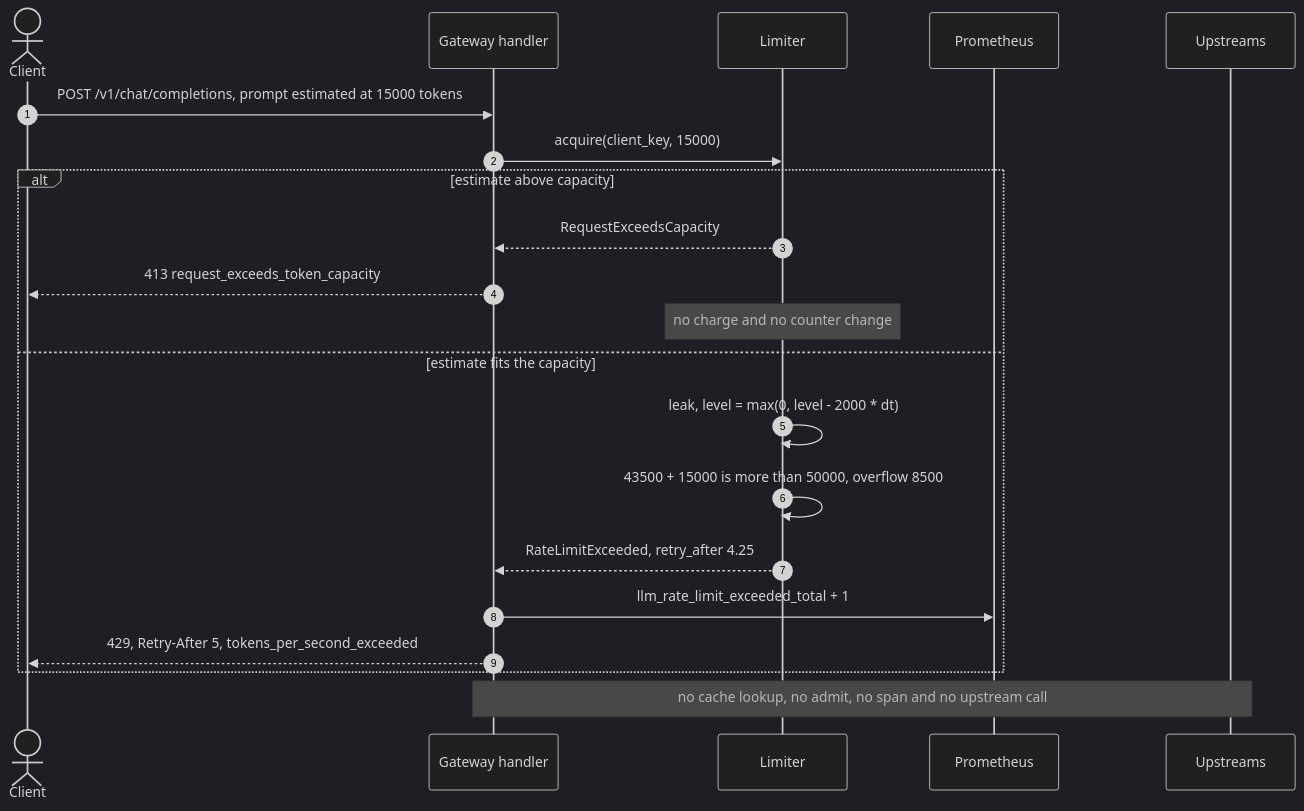
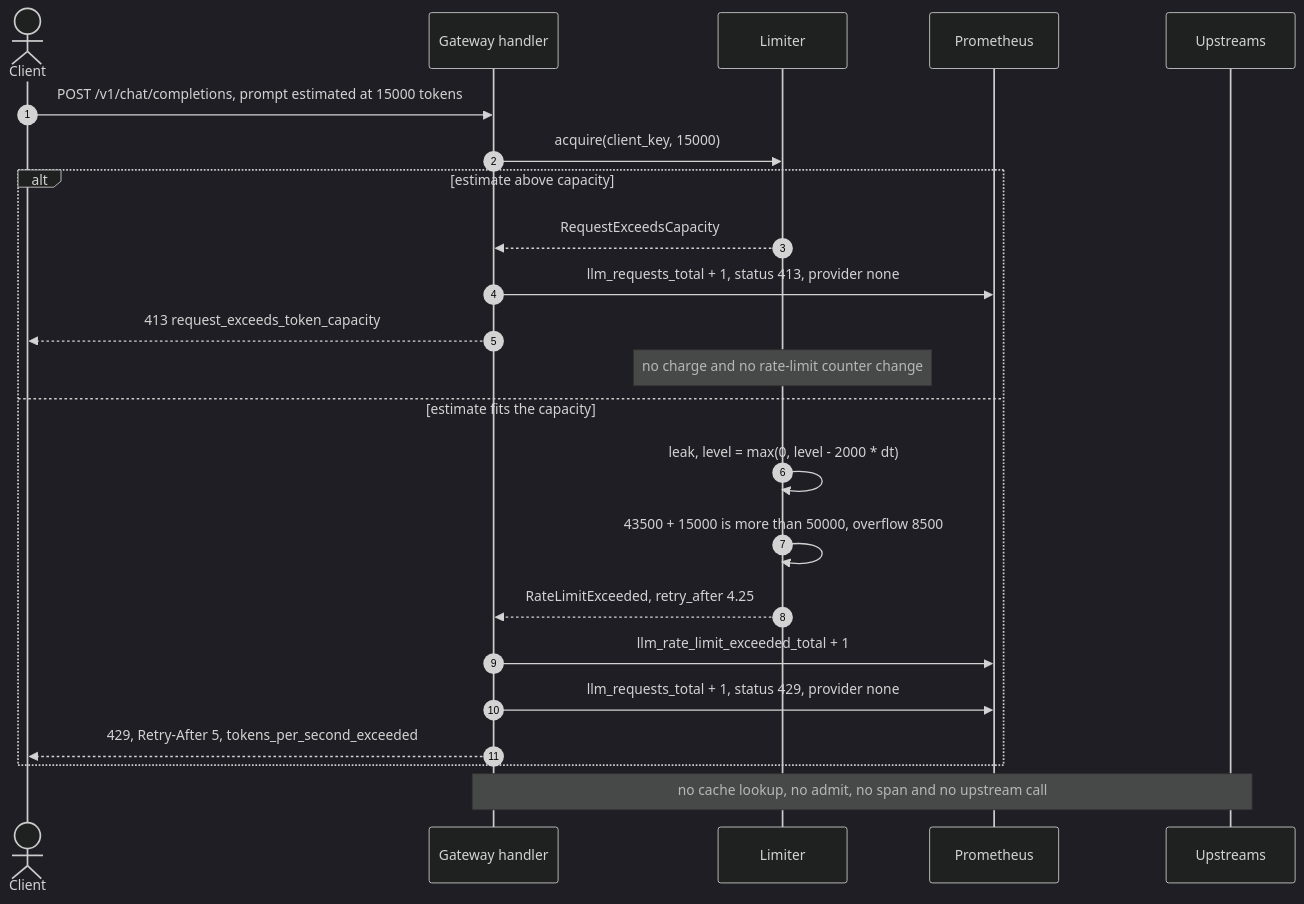
Before and after one commit to OmChauhan9/ai-gateway-streaming: the third of 6 diagrams in WORKFLOW_AND_LIFECYCLE.md, drawn with Mermaid (dark theme). The commit also changed other lines of this file and 1 other file, not shown here.

````diff
--- a/WORKFLOW_AND_LIFECYCLE.md
+++ b/WORKFLOW_AND_LIFECYCLE.md
@@ -307,24 +307,26 @@
 ```mermaid
 sequenceDiagram
     autonumber
     actor Client
     participant GW as Gateway handler
     participant Lim as Limiter
     participant Prom as Prometheus
     participant Up as Upstreams
 
     Client->>GW: POST /v1/chat/completions, prompt estimated at 15000 tokens
     GW->>Lim: acquire(client_key, 15000)
     alt estimate above capacity
         Lim-->>GW: RequestExceedsCapacity
+        GW->>Prom: llm_requests_total + 1, status 413, provider none
         GW-->>Client: 413 request_exceeds_token_capacity
-        Note over Lim: no charge and no counter change
+        Note over Lim: no charge and no rate-limit counter change
     else estimate fits the capacity
         Lim->>Lim: leak, level = max(0, level - 2000 * dt)
         Lim->>Lim: 43500 + 15000 is more than 50000, overflow 8500
         Lim-->>GW: RateLimitExceeded, retry_after 4.25
         GW->>Prom: llm_rate_limit_exceeded_total + 1
+        GW->>Prom: llm_requests_total + 1, status 429, provider none
         GW-->>Client: 429, Retry-After 5, tokens_per_second_exceeded
     end
     Note over GW,Up: no cache lookup, no admit, no span and no upstream call
 ```
````
